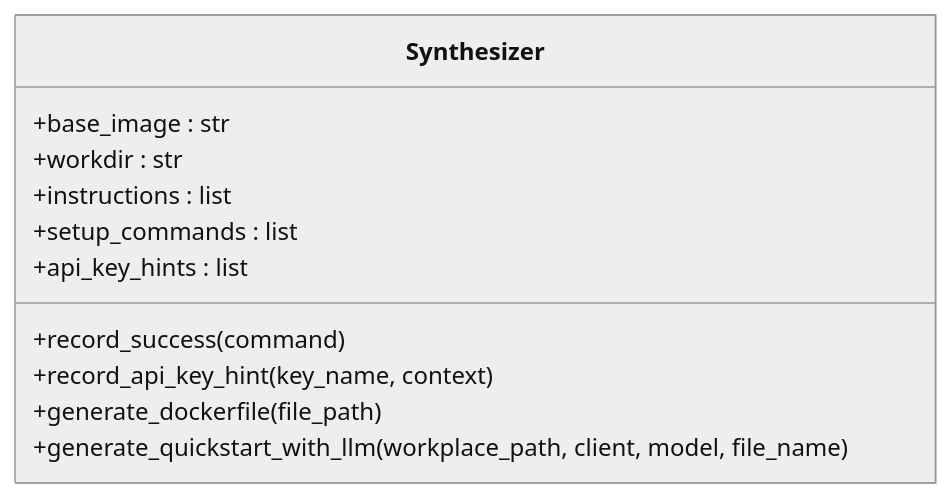
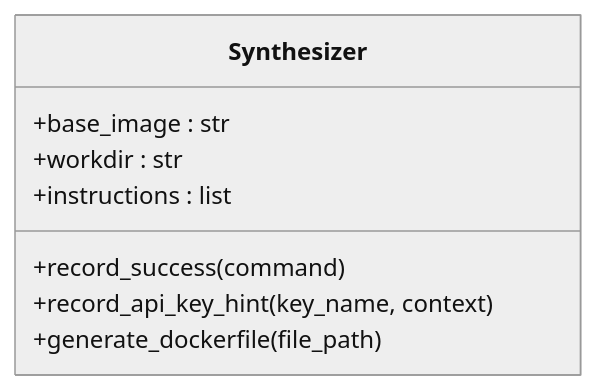
The sixth of 7 diagrams in .qoder/repowiki/zh/content/快速开始.md (Jayint/Jayint-repo), drawn with Mermaid (neutral theme) before and after one commit. The commit also changed other lines of this file and 398 other files, not shown here.

````diff
--- a/.qoder/repowiki/zh/content/快速开始.md
+++ b/.qoder/repowiki/zh/content/快速开始.md
@@ -226,14 +227,11 @@
 ```mermaid
 classDiagram
 class Synthesizer {
 +base_image : str
 +workdir : str
 +instructions : list
-+setup_commands : list
-+api_key_hints : list
 +record_success(command)
 +record_api_key_hint(key_name, context)
 +generate_dockerfile(file_path)
-+generate_quickstart_with_llm(workplace_path, client, model, file_name)
 }
 ```
````
